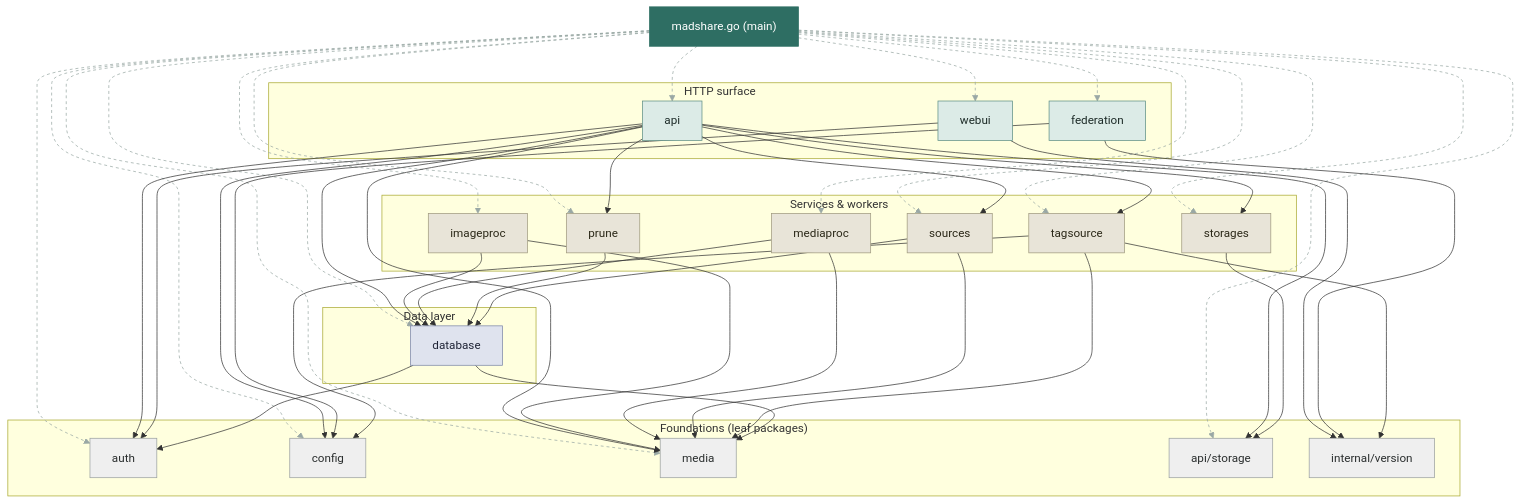
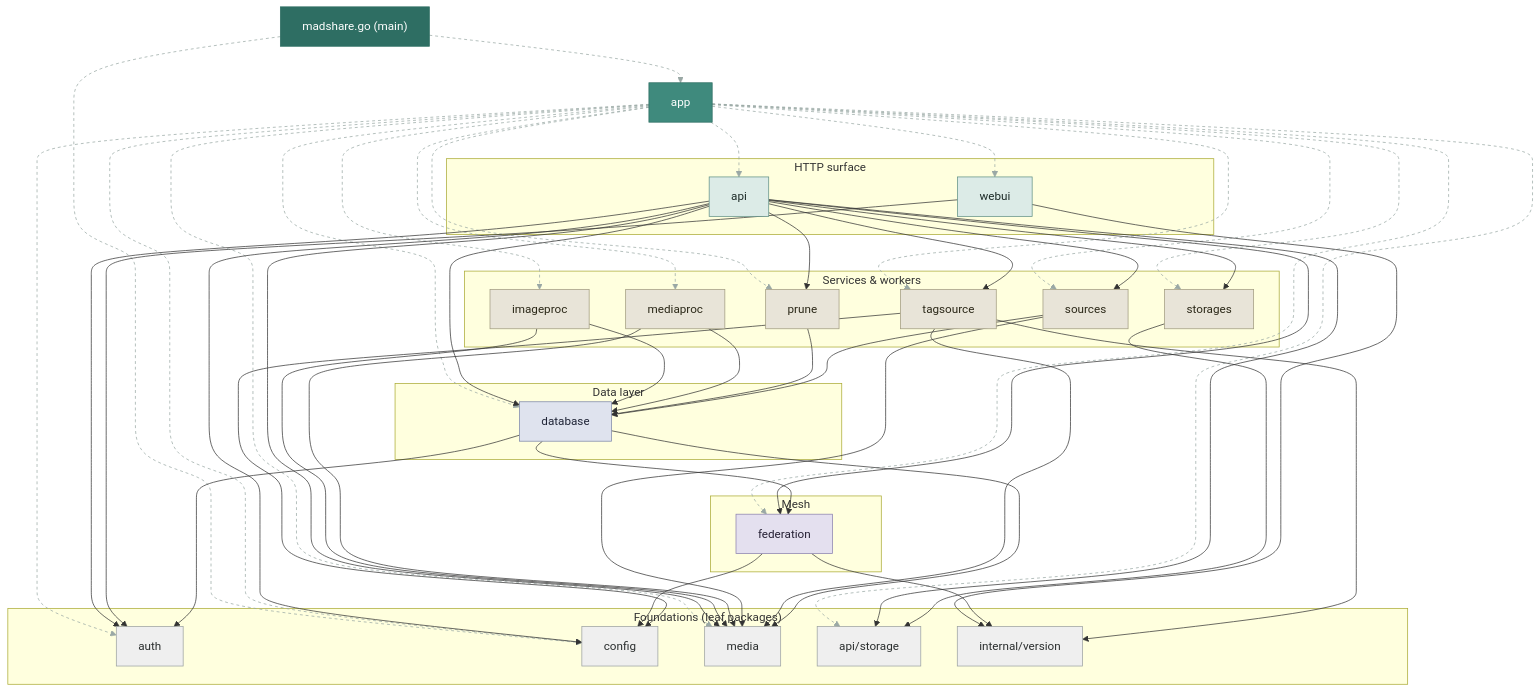
The diagram in docs/architecture/package-graph.md (KianGreenMoon/madshare), drawn with Mermaid before and after one commit. The commit also changed other lines of this file and 24 other files, not shown here.

````diff
--- a/docs/architecture/package-graph.md
+++ b/docs/architecture/package-graph.md
@@ -13,10 +13,14 @@
 ```mermaid
 flowchart TD
   main["madshare.go (main)"]
+  app["app"]
 
   subgraph HTTP["HTTP surface"]
     api["api"]
     webui["webui"]
+  end
+
+  subgraph MESH["Mesh"]
     federation["federation"]
   end
 
@@ -41,25 +45,29 @@
     version["internal/version"]
   end
 
-  main --> api
-  main --> webui
-  main --> federation
-  main --> imageproc
-  main --> mediaproc
-  main --> prune
-  main --> sources
-  main --> storages
-  main --> tagsource
-  main --> database
-  main --> auth
+  main --> app
   main --> config
-  main --> media
-  main --> apistorage
+
+  app --> api
+  app --> apistorage
+  app --> auth
+  app --> config
+  app --> database
+  app --> federation
+  app --> imageproc
+  app --> media
+  app --> mediaproc
+  app --> prune
+  app --> sources
+  app --> storages
+  app --> tagsource
+  app --> webui
 
   api --> apistorage
   api --> auth
   api --> config
   api --> database
+  api --> federation
   api --> media
   api --> prune
   api --> sources
@@ -81,18 +89,23 @@
   tagsource --> version
   tagsource --> media
   database --> auth
+  database --> federation
   database --> media
 
-  linkStyle 0,1,2,3,4,5,6,7,8,9,10,11,12,13 stroke:#9aa8a5,stroke-width:1px,stroke-dasharray:4 4
+  linkStyle 0,1,2,3,4,5,6,7,8,9,10,11,12,13,14,15 stroke:#9aa8a5,stroke-width:1px,stroke-dasharray:4 4
 
   classDef entry fill:#2e6e63,stroke:#2e6e63,color:#ffffff
+  classDef compose fill:#3f8a7d,stroke:#2e6e63,color:#ffffff
   classDef http fill:#dcebe7,stroke:#5f8f85,color:#1d2b28
+  classDef mesh fill:#e4e0ef,stroke:#8a80ad,color:#241f33
   classDef work fill:#e8e4d8,stroke:#a09a7f,color:#2b2818
   classDef data fill:#dfe3ee,stroke:#7c86a8,color:#1f2436
   classDef found fill:#efefef,stroke:#9aa0a0,color:#2a2e2e
 
   class main entry
-  class api,webui,federation http
+  class app compose
+  class api,webui http
+  class federation mesh
   class imageproc,mediaproc,prune,sources,storages,tagsource work
   class database data
   class auth,config,media,apistorage,version found
````
